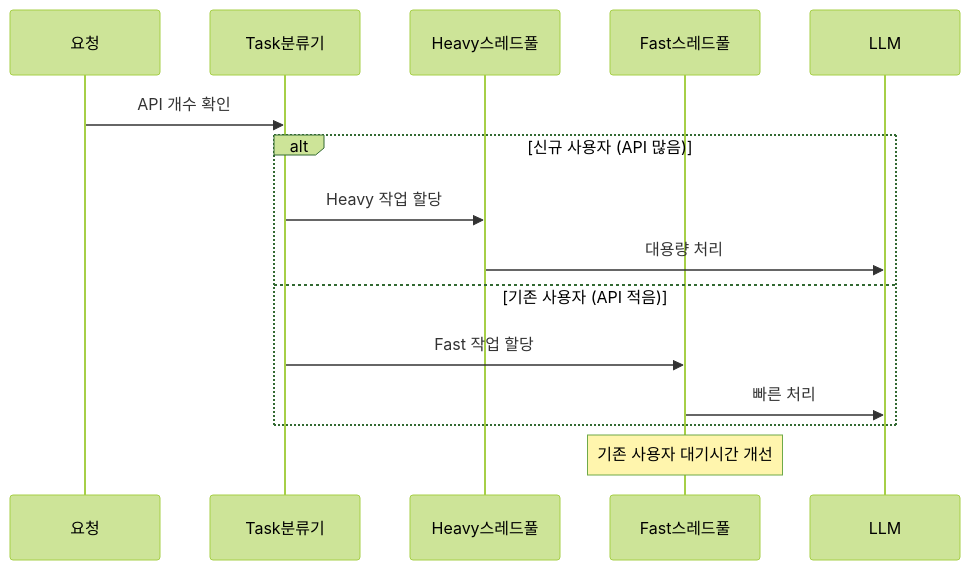
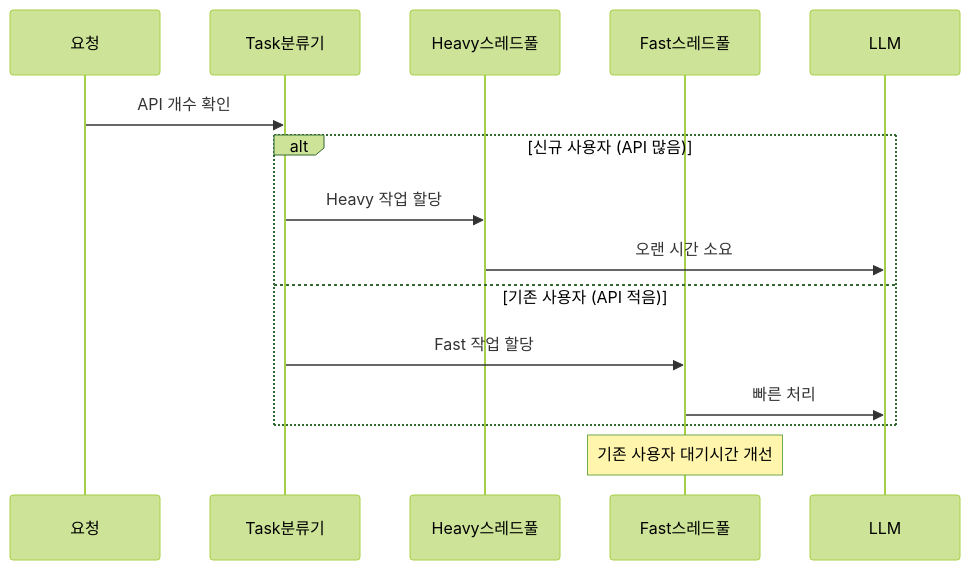
Before and after one commit to APIDOC43/SpringBoot-Saas: the third of 3 diagrams in README.md, drawn with Mermaid (forest theme). The commit also changed other lines of this file, not shown here.

````diff
--- a/README.md
+++ b/README.md
@@ -87,20 +92,20 @@
 ```mermaid
 sequenceDiagram
     participant Request as 요청
     participant Classifier as Task분류기
     participant HeavyPool as Heavy스레드풀
     participant FastPool as Fast스레드풀
     participant LLM
     
     Request ->> Classifier: API 개수 확인
     
     alt 신규 사용자 (API 많음)
         Classifier ->> HeavyPool: Heavy 작업 할당
-        HeavyPool ->> LLM: 대용량 처리
+        HeavyPool ->> LLM: 오랜 시간 소요
     else 기존 사용자 (API 적음)
         Classifier ->> FastPool: Fast 작업 할당
         FastPool ->> LLM: 빠른 처리
     end
     
     Note over FastPool: 기존 사용자 대기시간 개선
 ```
````
